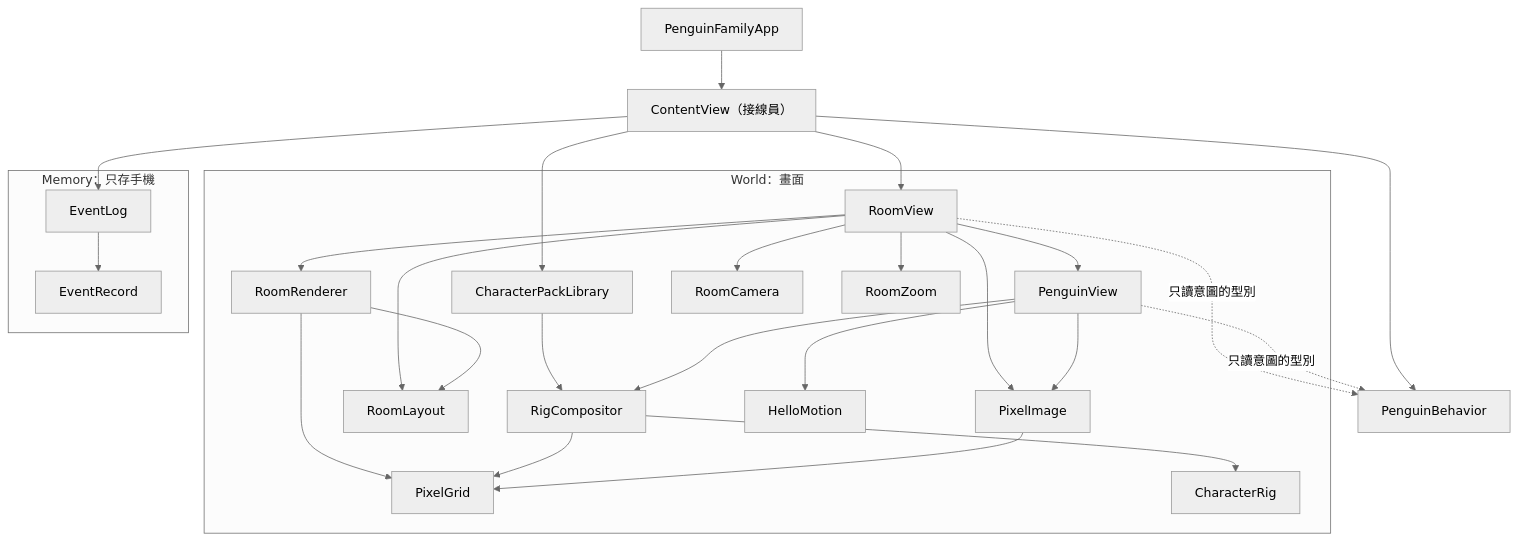
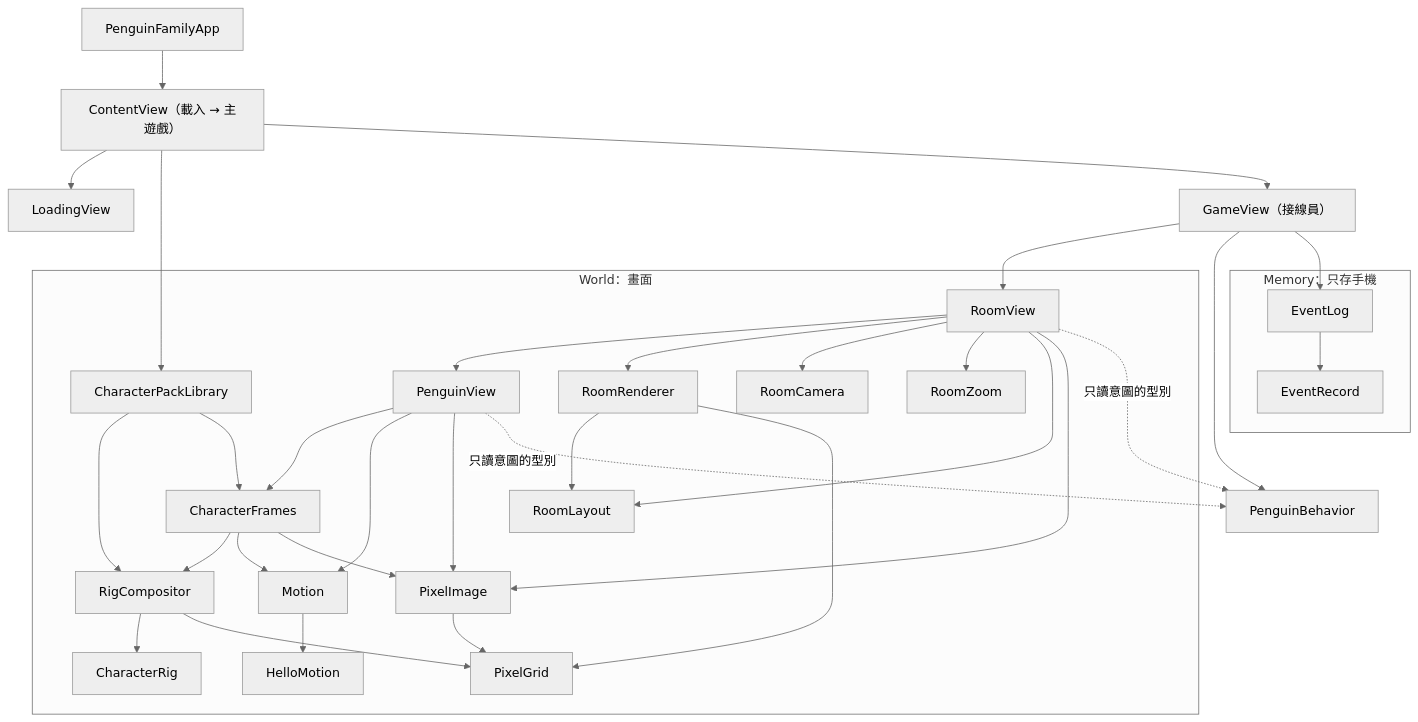
One commit to CBHeng/penguin-family changed the first of 4 diagrams in docs/code-map.md. Above: the diagram before and after it, drawn with Mermaid (neutral theme). The commit also changed other lines of this file and 12 other files, not shown here.

````diff
--- a/docs/code-map.md
+++ b/docs/code-map.md
@@ -94,33 +100,40 @@
 ```mermaid
 flowchart TD
-    App["PenguinFamilyApp"] --> Content["ContentView（接線員）"]
+    App["PenguinFamilyApp"] --> Content["ContentView（載入 → 主遊戲）"]
+    Content --> Loading["LoadingView"]
     Content --> Library["CharacterPackLibrary"]
-    Content --> Room["RoomView"]
-    Content --> Behavior["PenguinBehavior"]
-    Content --> Log["EventLog"]
+    Content --> Game["GameView（接線員）"]
+    Game --> Room["RoomView"]
+    Game --> Behavior["PenguinBehavior"]
+    Game --> Log["EventLog"]
 
     subgraph World["World：畫面"]
         Library --> Compositor["RigCompositor"]
+        Library --> Frames["CharacterFrames"]
         Room --> Penguin["PenguinView"]
         Room --> Renderer["RoomRenderer"]
         Room --> Camera["RoomCamera"]
         Room --> Zoom["RoomZoom"]
         Room --> Layout["RoomLayout"]
         Room --> Image["PixelImage"]
         Renderer --> Layout
         Renderer --> Grid["PixelGrid"]
-        Penguin --> Compositor
-        Penguin --> Hello["HelloMotion"]
+        Penguin --> Frames
+        Penguin --> Motion["Motion"]
         Penguin --> Image
+        Frames --> Compositor
+        Frames --> Motion
+        Frames --> Image
+        Motion --> Hello["HelloMotion"]
         Compositor --> Rig["CharacterRig"]
         Compositor --> Grid
         Image --> Grid
     end
 
     subgraph Memory["Memory：只存手機"]
         Log --> Record["EventRecord"]
     end
 
     Room -. "只讀意圖的型別" .-> Behavior
     Penguin -. "只讀意圖的型別" .-> Behavior
 ```
````
